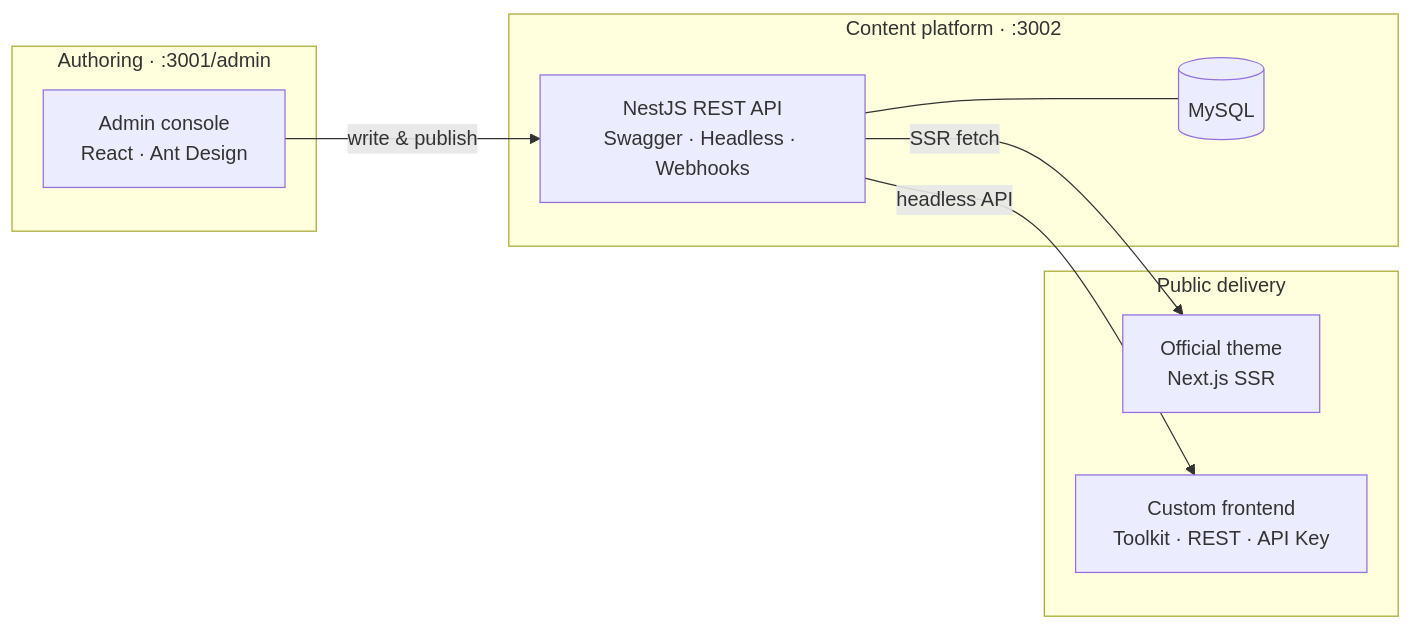
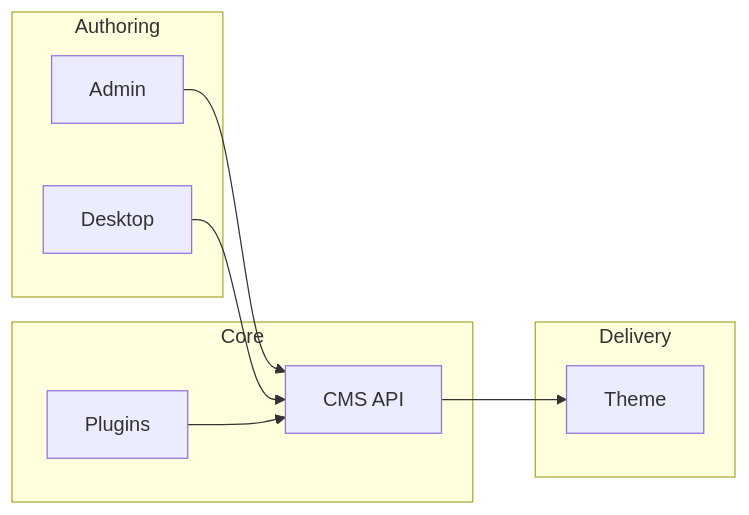
One commit to fecommunity/reactpress changed the diagram in README.md. Above: the diagram before and after it, drawn with Mermaid. The commit also changed other lines of this file and 1115 other files, not shown here.

````diff
--- a/README.md
+++ b/README.md
@@ -192,21 +203,18 @@
 ```mermaid
 flowchart LR
-  subgraph Author["Authoring · :3001/admin"]
-    A["Admin console<br/>React · Ant Design"]
+  subgraph Authoring
+    Admin["Admin"]
+    Desktop["Desktop"]
   end
-
-  subgraph Core["Content platform · :3002"]
-    B["NestJS REST API<br/>Swagger · Headless · Webhooks"]
-    DB[(MySQL)]
-    B --- DB
+  subgraph Core
+    API["CMS API"]
+    Plugins["Plugins"]
   end
-
-  subgraph Delivery["Public delivery"]
-    C["Official theme<br/>Next.js SSR"]
-    D["Custom frontend<br/>Toolkit · REST · API Key"]
+  subgraph Delivery
+    Theme["Theme"]
   end
-
-  A -->|write & publish| B
-  B -->|SSR fetch| C
-  B -->|headless API| D
+  Admin --> API
+  Desktop --> API
+  Plugins --> API
+  API --> Theme
 ```
````
